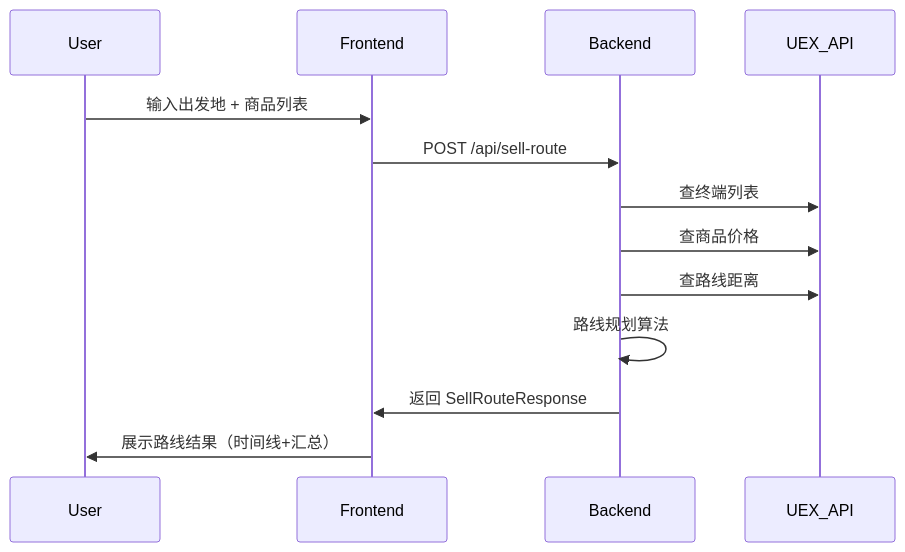
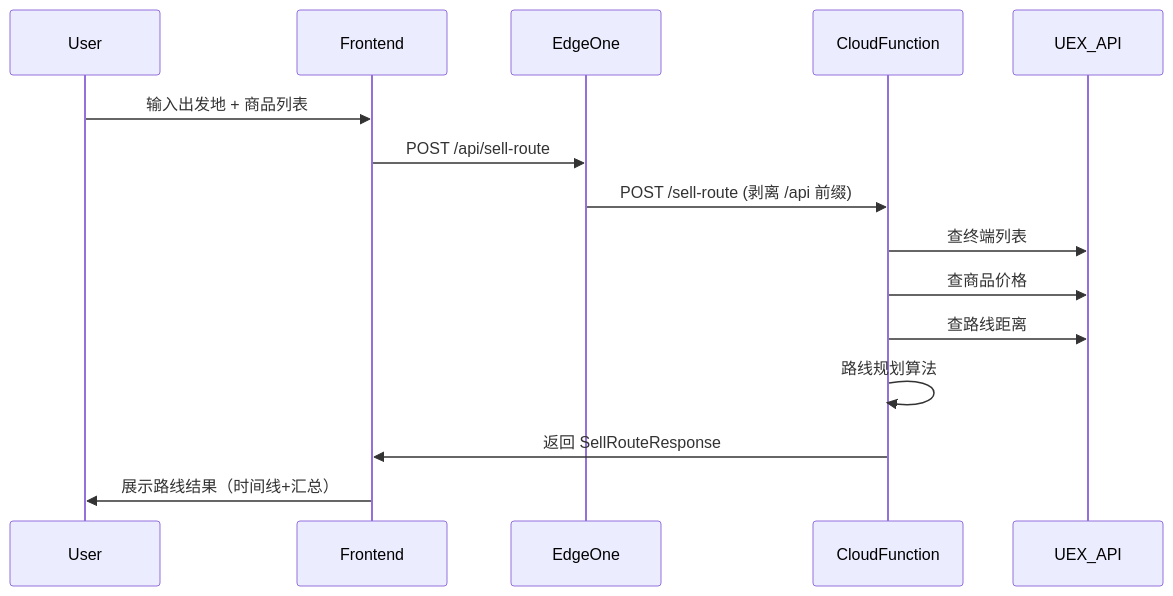
The diagram in ARCHITECTURE.md (CYao1994/uex-trading-web), drawn with Mermaid before and after one commit. The commit also changed other lines of this file and 33 other files, not shown here.

First line of the commit message:
feat: v3.12.0 - 全栈迁移至 EdgeOne Pages，移除 Railway/Docker 部署

````diff
--- a/ARCHITECTURE.md
+++ b/ARCHITECTURE.md
@@ -130,16 +125,18 @@
 ```mermaid
 sequenceDiagram
     participant User
     participant Frontend
-    participant Backend
+    participant EdgeOne
+    participant CloudFunction
     participant UEX_API
 
     User->>Frontend: 输入出发地 + 商品列表
-    Frontend->>Backend: POST /api/sell-route
-    Backend->>UEX_API: 查终端列表
-    Backend->>UEX_API: 查商品价格
-    Backend->>UEX_API: 查路线距离
-    Backend->>Backend: 路线规划算法
-    Backend->>Frontend: 返回 SellRouteResponse
+    Frontend->>EdgeOne: POST /api/sell-route
+    EdgeOne->>CloudFunction: POST /sell-route (剥离 /api 前缀)
+    CloudFunction->>UEX_API: 查终端列表
+    CloudFunction->>UEX_API: 查商品价格
+    CloudFunction->>UEX_API: 查路线距离
+    CloudFunction->>CloudFunction: 路线规划算法
+    CloudFunction->>Frontend: 返回 SellRouteResponse
     Frontend->>User: 展示路线结果（时间线+汇总）
 ```
````
